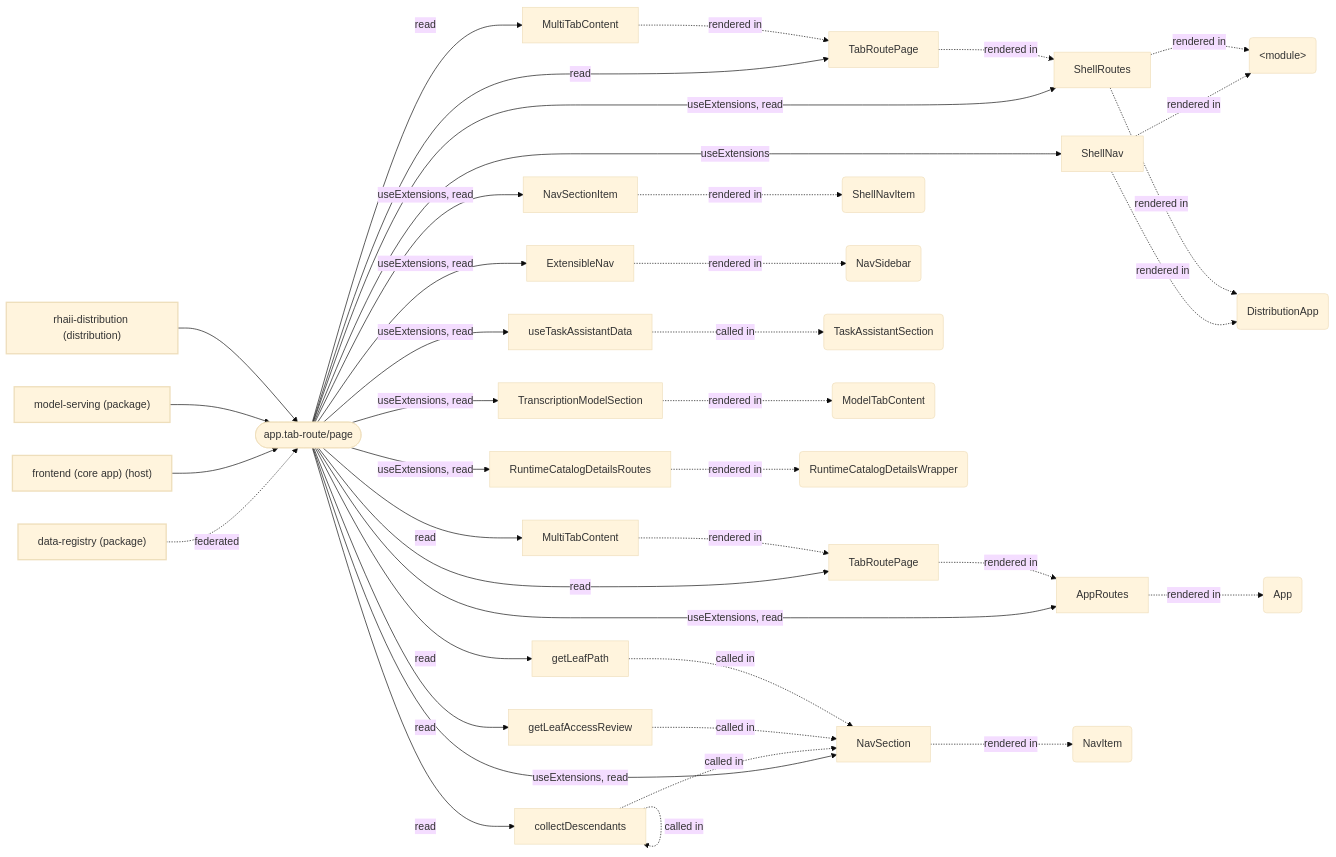
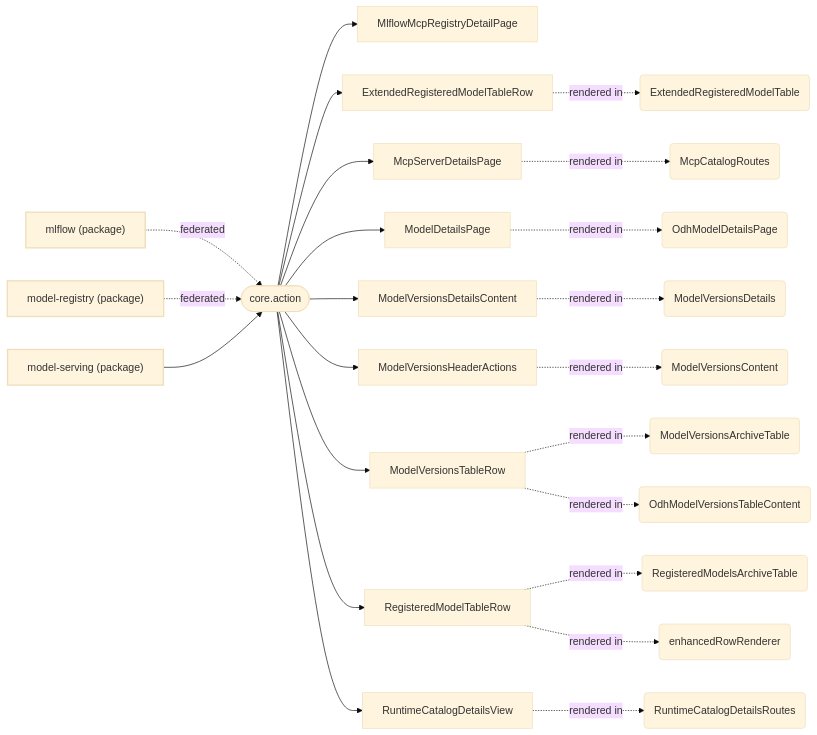
One commit to mturley/odh-dashboard changed diagram 14 of 16 in packages/plugin-core/docs/extensions.md. Above: the diagram before and after it, drawn with Mermaid (base theme). The commit also changed other lines of this file and 28 other files, not shown here.

First line of the commit message:
Temporary: Task 10b spot-check (ext-map-ref-impl generated pages)

````diff
--- a/packages/plugin-core/docs/extensions.md
+++ b/packages/plugin-core/docs/extensions.md
@@ -1164,74 +1372,50 @@
 ```mermaid
 flowchart LR
   classDef pkg stroke-width:2px
   classDef point stroke-width:1px
-  n_pkg__odh_dashboard_data_registry_bbe416["data-registry (package)"]:::pkg
-  n_pkg__odh_dashboard_internal_143c2f["frontend (core app) (host)"]:::pkg
+  n_pkg__odh_dashboard_mlflow_cae65f["mlflow (package)"]:::pkg
+  n_pkg__odh_dashboard_model_registry_1fc815["model-registry (package)"]:::pkg
   n_pkg__odh_dashboard_model_serving_d0bfea["model-serving (package)"]:::pkg
-  n_pkg__odh_dashboard_rhaii_distribution_c06492["rhaii-distribution (distribution)"]:::pkg
-  n_app_tab_route_page_976575(["app.tab-route/page"]):::point
-  n_pkg__odh_dashboard_data_registry_bbe416 -. "federated" .-> n_app_tab_route_page_976575
-  n_pkg__odh_dashboard_internal_143c2f --> n_app_tab_route_page_976575
-  n_pkg__odh_dashboard_model_serving_d0bfea --> n_app_tab_route_page_976575
-  n_pkg__odh_dashboard_rhaii_distribution_c06492 --> n_app_tab_route_page_976575
-  n_symbol_distributions_base_src_ShellNav_tsx_NavSectionItem_5f99f6["NavSectionItem"]
-  n_app_tab_route_page_976575 -- "useExtensions, read" --> n_symbol_distributions_base_src_ShellNav_tsx_NavSectionItem_5f99f6
-  n_symbol_distributions_base_src_ShellNav_tsx_ShellNav_9643ce["ShellNav"]
-  n_app_tab_route_page_976575 -- "useExtensions" --> n_symbol_distributions_base_src_ShellNav_tsx_ShellNav_9643ce
-  n_symbol_distributions_base_src_ShellRoutes_tsx_ShellRoutes_82f0a0["ShellRoutes"]
-  n_app_tab_route_page_976575 -- "useExtensions, read" --> n_symbol_distributions_base_src_ShellRoutes_tsx_ShellRoutes_82f0a0
-  n_symbol_distributions_base_src_TabRoutePage_tsx_MultiTabContent_ec42e6["MultiTabContent"]
-  n_app_tab_route_page_976575 -- "read" --> n_symbol_distributions_base_src_TabRoutePage_tsx_MultiTabContent_ec42e6
-  n_symbol_distributions_base_src_TabRoutePage_tsx_TabRoutePage_a7ade2["TabRoutePage"]
-  n_app_tab_route_page_976575 -- "read" --> n_symbol_distributions_base_src_TabRoutePage_tsx_TabRoutePage_a7ade2
-  n_symbol_frontend_src_app_AppRoutes_tsx_AppRoutes_2da7a1["AppRoutes"]
-  n_app_tab_route_page_976575 -- "useExtensions, read" --> n_symbol_frontend_src_app_AppRoutes_tsx_AppRoutes_2da7a1
-  n_symbol_frontend_src_app_navigation_ExtensibleNav_tsx_ExtensibleNav_a7766a["ExtensibleNav"]
-  n_app_tab_route_page_976575 -- "useExtensions, read" --> n_symbol_frontend_src_app_navigation_ExtensibleNav_tsx_ExtensibleNav_a7766a
-  n_symbol_frontend_src_app_navigation_NavSection_tsx_NavSection_4fbf86["NavSection"]
-  n_app_tab_route_page_976575 -- "useExtensions, read" --> n_symbol_frontend_src_app_navigation_NavSection_tsx_NavSection_4fbf86
-  n_symbol_frontend_src_app_navigation_NavSection_tsx_collectDescendants_c1c0b0["collectDescendants"]
-  n_app_tab_route_page_976575 -- "read" --> n_symbol_frontend_src_app_navigation_NavSection_tsx_collectDescendants_c1c0b0
-  n_symbol_frontend_src_app_navigation_NavSection_tsx_getLeafAccessReview_4e6a68["getLeafAccessReview"]
-  n_app_tab_route_page_976575 -- "read" --> n_symbol_frontend_src_app_navigation_NavSection_tsx_getLeafAccessReview_4e6a68
-  n_symbol_frontend_src_app_navigation_NavSection_tsx_getLeafPath_b7fab1["getLeafPath"]
-  n_app_tab_route_page_976575 -- "read" --> n_symbol_frontend_src_app_navigation_NavSection_tsx_getLeafPath_b7fab1
-  n_symbol_frontend_src_app_navigation_TabRoutePage_tsx_MultiTabContent_6acf80["MultiTabContent"]
-  n_app_tab_route_page_976575 -- "read" --> n_symbol_frontend_src_app_navigation_TabRoutePage_tsx_MultiTabContent_6acf80
-  n_symbol_frontend_src_app_navigation_TabRoutePage_tsx_TabRoutePage_b15e44["TabRoutePage"]
-  n_app_tab_route_page_976575 -- "read" --> n_symbol_frontend_src_app_navigation_TabRoutePage_tsx_TabRoutePage_b15e44
-  n_symbol_frontend_src_pages_home_taskAssistant_useTaskAssistantData_ts_useTaskAssistantData_1144fc["useTaskAssistantData"]
-  n_app_tab_route_page_976575 -- "useExtensions, read" --> n_symbol_frontend_src_pages_home_taskAssistant_useTaskAssistantData_ts_useTaskAssistantData_1144fc
-  n_symbol_packages_gen_ai_frontend_src_app_Chatbot_components_settingsPanelTabs_TranscriptionModelSection_tsx_TranscriptionModelSection_d0e53c["TranscriptionModelSection"]
-  n_app_tab_route_page_976575 -- "useExtensions, read" --> n_symbol_packages_gen_ai_frontend_src_app_Chatbot_components_settingsPanelTabs_TranscriptionModelSection_tsx_TranscriptionModelSection_d0e53c
-  n_symbol_packages_model_registry_upstream_frontend_src_odh_pages_runtimeCatalog_RuntimeCatalogDetailsRoutes_tsx_RuntimeCatalogDetailsRoutes_c987d2["RuntimeCatalogDetailsRoutes"]
-  n_app_tab_route_page_976575 -- "useExtensions, read" --> n_symbol_packages_model_registry_upstream_frontend_src_odh_pages_runtimeCatalog_RuntimeCatalogDetailsRoutes_tsx_RuntimeCatalogDetailsRoutes_c987d2
-  n_symbol_distributions_base_src_ShellNav_tsx_ShellNavItem_395dcd("ShellNavItem")
-  n_symbol_distributions_base_src_bootstrap_tsx__module__846cb0("#lt;module#gt;")
-  n_symbol_distributions_base_src_createDistribution_tsx_DistributionApp_e5fabf("DistributionApp")
-  n_symbol_frontend_src_app_App_tsx_App_bc56cd("App")
-  n_symbol_frontend_src_app_NavSidebar_tsx_NavSidebar_1bfab7("NavSidebar")
-  n_symbol_frontend_src_app_navigation_NavItem_tsx_NavItem_76250a("NavItem")
-  n_symbol_frontend_src_pages_home_taskAssistant_TaskAssistantSection_tsx_TaskAssistantSection_3daee2("TaskAssistantSection")
-  n_symbol_packages_gen_ai_frontend_src_app_Chatbot_components_settingsPanelTabs_ModelTabContent_tsx_ModelTabContent_0b9f0c("ModelTabContent")
-  n_symbol_packages_model_registry_upstream_frontend_src_odh_RuntimeCatalogWrapper_tsx_RuntimeCatalogDetailsWrapper_25a237("RuntimeCatalogDetailsWrapper")
-  n_symbol_distributions_base_src_ShellNav_tsx_NavSectionItem_5f99f6 -. "rendered in" .-> n_symbol_distributions_base_src_ShellNav_tsx_ShellNavItem_395dcd
-  n_symbol_distributions_base_src_ShellNav_tsx_ShellNav_9643ce -. "rendered in" .-> n_symbol_distributions_base_src_bootstrap_tsx__module__846cb0
-  n_symbol_distributions_base_src_ShellNav_tsx_ShellNav_9643ce -. "rendered in" .-> n_symbol_distributions_base_src_createDistribution_tsx_DistributionApp_e5fabf
-  n_symbol_distributions_base_src_ShellRoutes_tsx_ShellRoutes_82f0a0 -. "rendered in" .-> n_symbol_distributions_base_src_bootstrap_tsx__module__846cb0
-  n_symbol_distributions_base_src_ShellRoutes_tsx_ShellRoutes_82f0a0 -. "rendered in" .-> n_symbol_distributions_base_src_createDistribution_tsx_DistributionApp_e5fabf
-  n_symbol_distributions_base_src_TabRoutePage_tsx_MultiTabContent_ec42e6 -. "rendered in" .-> n_symbol_distributions_base_src_TabRoutePage_tsx_TabRoutePage_a7ade2
-  n_symbol_distributions_base_src_TabRoutePage_tsx_TabRoutePage_a7ade2 -. "rendered in" .-> n_symbol_distributions_base_src_ShellRoutes_tsx_ShellRoutes_82f0a0
-  n_symbol_frontend_src_app_AppRoutes_tsx_AppRoutes_2da7a1 -. "rendered in" .-> n_symbol_frontend_src_app_App_tsx_App_bc56cd
-  n_symbol_frontend_src_app_navigation_ExtensibleNav_tsx_ExtensibleNav_a7766a -. "rendered in" .-> n_symbol_frontend_src_app_NavSidebar_tsx_NavSidebar_1bfab7
-  n_symbol_frontend_src_app_navigation_NavSection_tsx_NavSection_4fbf86 -. "rendered in" .-> n_symbol_frontend_src_app_navigation_NavItem_tsx_NavItem_76250a
-  n_symbol_frontend_src_app_navigation_NavSection_tsx_collectDescendants_c1c0b0 -. "called in" .-> n_symbol_frontend_src_app_navigation_NavSection_tsx_collectDescendants_c1c0b0
-  n_symbol_frontend_src_app_navigation_NavSection_tsx_collectDescendants_c1c0b0 -. "called in" .-> n_symbol_frontend_src_app_navigation_NavSection_tsx_NavSection_4fbf86
-  n_symbol_frontend_src_app_navigation_NavSection_tsx_getLeafAccessReview_4e6a68 -. "called in" .-> n_symbol_frontend_src_app_navigation_NavSection_tsx_NavSection_4fbf86
-  n_symbol_frontend_src_app_navigation_NavSection_tsx_getLeafPath_b7fab1 -. "called in" .-> n_symbol_frontend_src_app_navigation_NavSection_tsx_NavSection_4fbf86
-  n_symbol_frontend_src_app_navigation_TabRoutePage_tsx_MultiTabContent_6acf80 -. "rendered in" .-> n_symbol_frontend_src_app_navigation_TabRoutePage_tsx_TabRoutePage_b15e44
-  n_symbol_frontend_src_app_navigation_TabRoutePage_tsx_TabRoutePage_b15e44 -. "rendered in" .-> n_symbol_frontend_src_app_AppRoutes_tsx_AppRoutes_2da7a1
-  n_symbol_frontend_src_pages_home_taskAssistant_useTaskAssistantData_ts_useTaskAssistantData_1144fc -. "called in" .-> n_symbol_frontend_src_pages_home_taskAssistant_TaskAssistantSection_tsx_TaskAssistantSection_3daee2
-  n_symbol_packages_gen_ai_frontend_src_app_Chatbot_components_settingsPanelTabs_TranscriptionModelSection_tsx_TranscriptionModelSection_d0e53c -. "rendered in" .-> n_symbol_packages_gen_ai_frontend_src_app_Chatbot_components_settingsPanelTabs_ModelTabContent_tsx_ModelTabContent_0b9f0c
-  n_symbol_packages_model_registry_upstream_frontend_src_odh_pages_runtimeCatalog_RuntimeCatalogDetailsRoutes_tsx_RuntimeCatalogDetailsRoutes_c987d2 -. "rendered in" .-> n_symbol_packages_model_registry_upstream_frontend_src_odh_RuntimeCatalogWrapper_tsx_RuntimeCatalogDetailsWrapper_25a237
+  n_core_action_c380ca(["core.action"]):::point
+  n_pkg__odh_dashboard_mlflow_cae65f -. "federated" .-> n_core_action_c380ca
+  n_pkg__odh_dashboard_model_registry_1fc815 -. "federated" .-> n_core_action_c380ca
+  n_pkg__odh_dashboard_model_serving_d0bfea --> n_core_action_c380ca
+  n_symbol_packages_mlflow_embedded_mcp_registry_MlflowMcpRegistryDetailPage_tsx_MlflowMcpRegistryDetailPage_b6606b["MlflowMcpRegistryDetailPage"]
+  n_core_action_c380ca --> n_symbol_packages_mlflow_embedded_mcp_registry_MlflowMcpRegistryDetailPage_tsx_MlflowMcpRegistryDetailPage_b6606b
+  n_symbol_packages_model_registry_upstream_frontend_src_odh_components_ExtendedRegisteredModelTableRow_tsx_ExtendedRegisteredModelTableRow_a8e028["ExtendedRegisteredModelTableRow"]
+  n_core_action_c380ca --> n_symbol_packages_model_registry_upstream_frontend_src_odh_components_ExtendedRegisteredModelTableRow_tsx_ExtendedRegisteredModelTableRow_a8e028
+  n_symbol_packages_model_registry_upstream_frontend_src_app_pages_mcpCatalog_screens_McpServerDetailsPage_tsx_McpServerDetailsPage_c7540a["McpServerDetailsPage"]
+  n_core_action_c380ca --> n_symbol_packages_model_registry_upstream_frontend_src_app_pages_mcpCatalog_screens_McpServerDetailsPage_tsx_McpServerDetailsPage_c7540a
+  n_symbol_packages_model_registry_upstream_frontend_src_app_pages_modelCatalog_screens_ModelDetailsPage_tsx_ModelDetailsPage_6bbf91["ModelDetailsPage"]
+  n_core_action_c380ca --> n_symbol_packages_model_registry_upstream_frontend_src_app_pages_modelCatalog_screens_ModelDetailsPage_tsx_ModelDetailsPage_6bbf91
+  n_symbol_packages_model_registry_upstream_frontend_src_app_pages_modelRegistry_screens_ModelVersionDetails_ModelVersionDetails_tsx_ModelVersionsDetailsContent_978473["ModelVersionsDetailsContent"]
+  n_core_action_c380ca --> n_symbol_packages_model_registry_upstream_frontend_src_app_pages_modelRegistry_screens_ModelVersionDetails_ModelVersionDetails_tsx_ModelVersionsDetailsContent_978473
+  n_symbol_packages_model_registry_upstream_frontend_src_app_pages_modelRegistry_screens_ModelVersions_ModelVersionsHeaderActions_tsx_ModelVersionsHeaderActions_9478a0["ModelVersionsHeaderActions"]
+  n_core_action_c380ca --> n_symbol_packages_model_registry_upstream_frontend_src_app_pages_modelRegistry_screens_ModelVersions_ModelVersionsHeaderActions_tsx_ModelVersionsHeaderActions_9478a0
+  n_symbol_packages_model_registry_upstream_frontend_src_app_pages_modelRegistry_screens_ModelVersions_ModelVersionsTableRow_tsx_ModelVersionsTableRow_8a9698["ModelVersionsTableRow"]
+  n_core_action_c380ca --> n_symbol_packages_model_registry_upstream_frontend_src_app_pages_modelRegistry_screens_ModelVersions_ModelVersionsTableRow_tsx_ModelVersionsTableRow_8a9698
+  n_symbol_packages_model_registry_upstream_frontend_src_app_pages_modelRegistry_screens_RegisteredModels_RegisteredModelTableRow_tsx_RegisteredModelTableRow_a605a8["RegisteredModelTableRow"]
+  n_core_action_c380ca --> n_symbol_packages_model_registry_upstream_frontend_src_app_pages_modelRegistry_screens_RegisteredModels_RegisteredModelTableRow_tsx_RegisteredModelTableRow_a605a8
+  n_symbol_packages_model_registry_upstream_frontend_src_odh_pages_runtimeCatalog_RuntimeCatalogDetailsView_tsx_RuntimeCatalogDetailsView_5b2fd2["RuntimeCatalogDetailsView"]
+  n_core_action_c380ca --> n_symbol_packages_model_registry_upstream_frontend_src_odh_pages_runtimeCatalog_RuntimeCatalogDetailsView_tsx_RuntimeCatalogDetailsView_5b2fd2
+  n_symbol_packages_model_registry_upstream_frontend_src_odh_components_ExtendedRegisteredModelTable_tsx_ExtendedRegisteredModelTable_2439e8("ExtendedRegisteredModelTable")
+  n_symbol_packages_model_registry_upstream_frontend_src_app_pages_mcpCatalog_McpCatalogRoutes_tsx_McpCatalogRoutes_71c3a2("McpCatalogRoutes")
+  n_symbol_packages_model_registry_upstream_frontend_src_odh_components_OdhModelDetailsPage_tsx_OdhModelDetailsPage_ae4fd0("OdhModelDetailsPage")
+  n_symbol_packages_model_registry_upstream_frontend_src_app_pages_modelRegistry_screens_ModelVersionDetails_ModelVersionDetails_tsx_ModelVersionsDetails_2b487a("ModelVersionsDetails")
+  n_symbol_packages_model_registry_upstream_frontend_src_app_pages_modelRegistry_screens_ModelVersions_ModelVersions_tsx_ModelVersionsContent_56c13d("ModelVersionsContent")
+  n_symbol_packages_model_registry_upstream_frontend_src_app_pages_modelRegistry_screens_ModelVersionsArchive_ModelVersionsArchiveTable_tsx_ModelVersionsArchiveTable_335b64("ModelVersionsArchiveTable")
+  n_symbol_packages_model_registry_upstream_frontend_src_odh_components_OdhModelVersionsTable_tsx_OdhModelVersionsTableContent_dfd6a5("OdhModelVersionsTableContent")
+  n_symbol_packages_model_registry_upstream_frontend_src_app_pages_modelRegistry_screens_RegisteredModelsArchive_RegisteredModelsArchiveTable_tsx_RegisteredModelsArchiveTable_de6fc0("RegisteredModelsArchiveTable")
+  n_symbol_packages_model_registry_upstream_frontend_src_odh_components_OdhRegisteredModelTable_tsx_enhancedRowRenderer_30e62b("enhancedRowRenderer")
+  n_symbol_packages_model_registry_upstream_frontend_src_odh_pages_runtimeCatalog_RuntimeCatalogDetailsRoutes_tsx_RuntimeCatalogDetailsRoutes_c987d2("RuntimeCatalogDetailsRoutes")
+  n_symbol_packages_model_registry_upstream_frontend_src_odh_components_ExtendedRegisteredModelTableRow_tsx_ExtendedRegisteredModelTableRow_a8e028 -. "rendered in" .-> n_symbol_packages_model_registry_upstream_frontend_src_odh_components_ExtendedRegisteredModelTable_tsx_ExtendedRegisteredModelTable_2439e8
+  n_symbol_packages_model_registry_upstream_frontend_src_app_pages_mcpCatalog_screens_McpServerDetailsPage_tsx_McpServerDetailsPage_c7540a -. "rendered in" .-> n_symbol_packages_model_registry_upstream_frontend_src_app_pages_mcpCatalog_McpCatalogRoutes_tsx_McpCatalogRoutes_71c3a2
+  n_symbol_packages_model_registry_upstream_frontend_src_app_pages_modelCatalog_screens_ModelDetailsPage_tsx_ModelDetailsPage_6bbf91 -. "rendered in" .-> n_symbol_packages_model_registry_upstream_frontend_src_odh_components_OdhModelDetailsPage_tsx_OdhModelDetailsPage_ae4fd0
+  n_symbol_packages_model_registry_upstream_frontend_src_app_pages_modelRegistry_screens_ModelVersionDetails_ModelVersionDetails_tsx_ModelVersionsDetailsContent_978473 -. "rendered in" .-> n_symbol_packages_model_registry_upstream_frontend_src_app_pages_modelRegistry_screens_ModelVersionDetails_ModelVersionDetails_tsx_ModelVersionsDetails_2b487a
+  n_symbol_packages_model_registry_upstream_frontend_src_app_pages_modelRegistry_screens_ModelVersions_ModelVersionsHeaderActions_tsx_ModelVersionsHeaderActions_9478a0 -. "rendered in" .-> n_symbol_packages_model_registry_upstream_frontend_src_app_pages_modelRegistry_screens_ModelVersions_ModelVersions_tsx_ModelVersionsContent_56c13d
+  n_symbol_packages_model_registry_upstream_frontend_src_app_pages_modelRegistry_screens_ModelVersions_ModelVersionsTableRow_tsx_ModelVersionsTableRow_8a9698 -. "rendered in" .-> n_symbol_packages_model_registry_upstream_frontend_src_app_pages_modelRegistry_screens_ModelVersionsArchive_ModelVersionsArchiveTable_tsx_ModelVersionsArchiveTable_335b64
+  n_symbol_packages_model_registry_upstream_frontend_src_app_pages_modelRegistry_screens_ModelVersions_ModelVersionsTableRow_tsx_ModelVersionsTableRow_8a9698 -. "rendered in" .-> n_symbol_packages_model_registry_upstream_frontend_src_odh_components_OdhModelVersionsTable_tsx_OdhModelVersionsTableContent_dfd6a5
+  n_symbol_packages_model_registry_upstream_frontend_src_app_pages_modelRegistry_screens_RegisteredModels_RegisteredModelTableRow_tsx_RegisteredModelTableRow_a605a8 -. "rendered in" .-> n_symbol_packages_model_registry_upstream_frontend_src_app_pages_modelRegistry_screens_RegisteredModelsArchive_RegisteredModelsArchiveTable_tsx_RegisteredModelsArchiveTable_de6fc0
+  n_symbol_packages_model_registry_upstream_frontend_src_app_pages_modelRegistry_screens_RegisteredModels_RegisteredModelTableRow_tsx_RegisteredModelTableRow_a605a8 -. "rendered in" .-> n_symbol_packages_model_registry_upstream_frontend_src_odh_components_OdhRegisteredModelTable_tsx_enhancedRowRenderer_30e62b
+  n_symbol_packages_model_registry_upstream_frontend_src_odh_pages_runtimeCatalog_RuntimeCatalogDetailsView_tsx_RuntimeCatalogDetailsView_5b2fd2 -. "rendered in" .-> n_symbol_packages_model_registry_upstream_frontend_src_odh_pages_runtimeCatalog_RuntimeCatalogDetailsRoutes_tsx_RuntimeCatalogDetailsRoutes_c987d2
 ```
````
